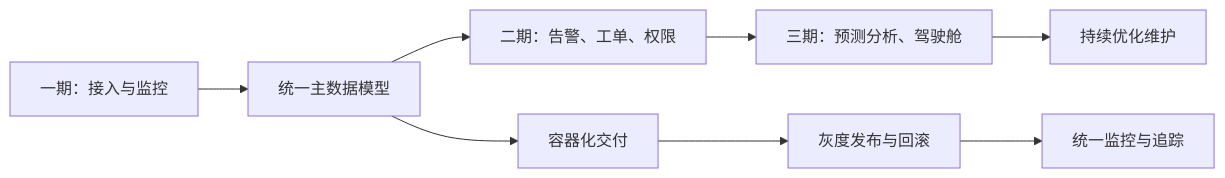
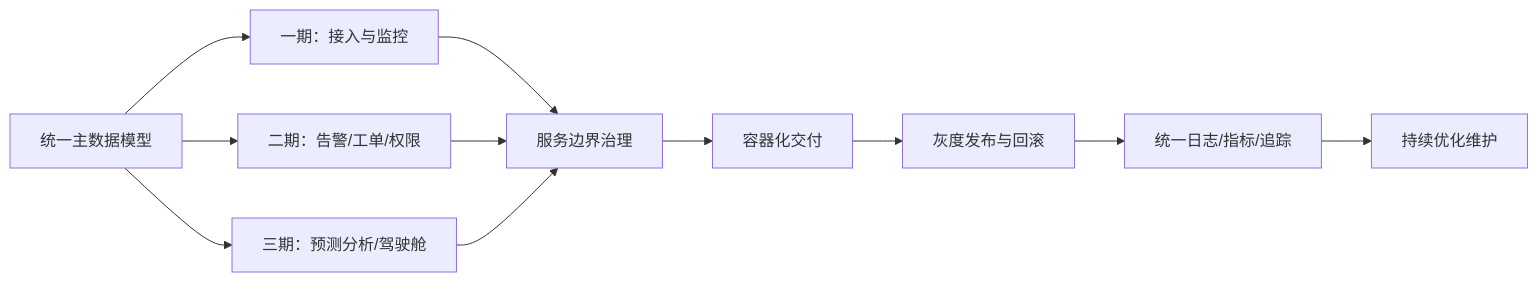
Before and after one commit to dptdptdpt1/26_jgs_lw: the diagram in 场景到技术/08_分期建设与架构演进.md, drawn with Mermaid. The commit also changed other lines of this file and 17 other files, not shown here.

````diff
--- a/场景到技术/08_分期建设与架构演进.md
+++ b/场景到技术/08_分期建设与架构演进.md
@@ -104,10 +173,13 @@
 ```mermaid
 flowchart LR
-    A["一期：接入与监控"] --> B["统一主数据模型"]
-    B --> C["二期：告警、工单、权限"]
-    C --> D["三期：预测分析、驾驶舱"]
-    D --> E["持续优化维护"]
-    B --> F["容器化交付"]
+    A["统一主数据模型"] --> B["一期：接入与监控"]
+    A --> C["二期：告警/工单/权限"]
+    A --> D["三期：预测分析/驾驶舱"]
+    B --> E["服务边界治理"]
+    C --> E
+    D --> E
+    E --> F["容器化交付"]
     F --> G["灰度发布与回滚"]
-    G --> H["统一监控与追踪"]
+    G --> H["统一日志/指标/追踪"]
+    H --> I["持续优化维护"]
 ```
````
